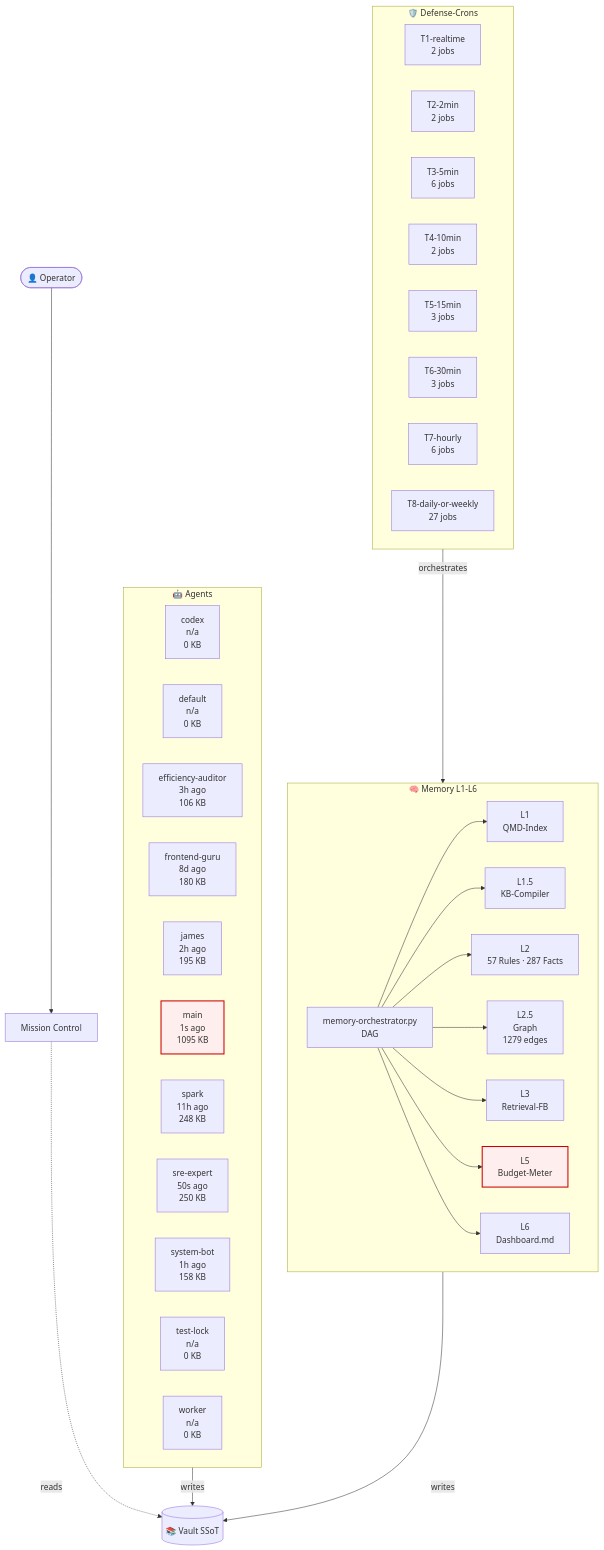
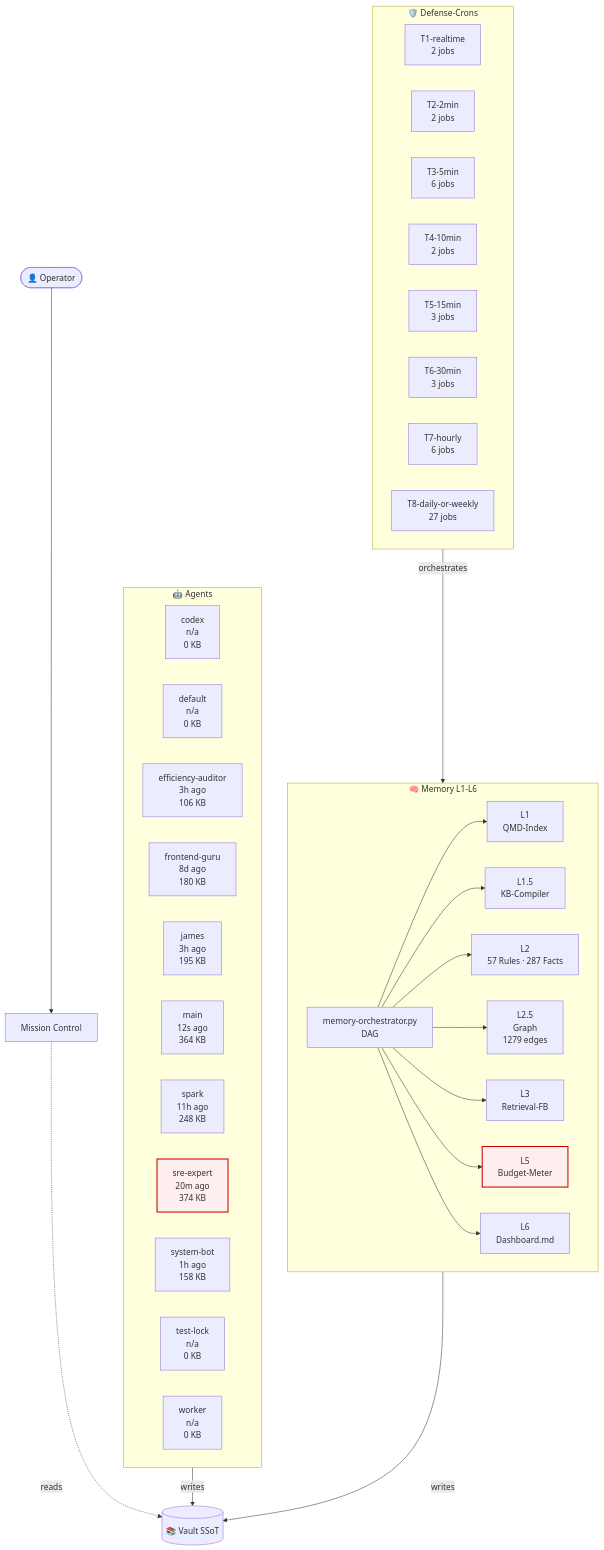
Before and after one commit to lenardhuebner88-rgb/openclaw-memory: the diagram in 03-Agents/architecture-live.md, drawn with Mermaid. The commit also changed other lines of this file and 21 other files, not shown here.

````diff
--- a/03-Agents/architecture-live.md
+++ b/03-Agents/architecture-live.md
@@ -18,54 +18,54 @@
 ```mermaid
 flowchart TB
     classDef critical fill:#fee,stroke:#c00,stroke-width:2px;
     subgraph AGT["🤖 Agents"]
         agent_codex["codex<br/>n/a<br/>0 KB"]
         agent_default["default<br/>n/a<br/>0 KB"]
         agent_efficiency_auditor["efficiency-auditor<br/>3h ago<br/>106 KB"]
         agent_frontend_guru["frontend-guru<br/>8d ago<br/>180 KB"]
-        agent_james["james<br/>2h ago<br/>195 KB"]
-        agent_main["main<br/>1s ago<br/>1095 KB"]
+        agent_james["james<br/>3h ago<br/>195 KB"]
+        agent_main["main<br/>12s ago<br/>364 KB"]
         agent_spark["spark<br/>11h ago<br/>248 KB"]
-        agent_sre_expert["sre-expert<br/>50s ago<br/>250 KB"]
+        agent_sre_expert["sre-expert<br/>20m ago<br/>374 KB"]
         agent_system_bot["system-bot<br/>1h ago<br/>158 KB"]
         agent_test_lock["test-lock<br/>n/a<br/>0 KB"]
         agent_worker["worker<br/>n/a<br/>0 KB"]
     end
     subgraph MEM["🧠 Memory L1-L6"]
         L1["L1<br/>QMD-Index"]
         L15["L1.5<br/>KB-Compiler"]
         L2["L2<br/>57 Rules · 287 Facts"]
         L25["L2.5<br/>Graph<br/>1279 edges"]
         L3["L3<br/>Retrieval-FB"]
         L5["L5<br/>Budget-Meter"]
         L6["L6<br/>Dashboard.md"]
         ORCH["memory-orchestrator.py<br/>DAG"]
     end
     subgraph CRN["🛡️ Defense-Crons"]
         tier_T1_realtime["T1-realtime<br/>2 jobs"]
         tier_T2_2min["T2-2min<br/>2 jobs"]
         tier_T3_5min["T3-5min<br/>6 jobs"]
         tier_T4_10min["T4-10min<br/>2 jobs"]
         tier_T5_15min["T5-15min<br/>3 jobs"]
         tier_T6_30min["T6-30min<br/>3 jobs"]
         tier_T7_hourly["T7-hourly<br/>6 jobs"]
         tier_T8_daily_or_weekly["T8-daily-or-weekly<br/>27 jobs"]
     end
     VAULT[("📚 Vault SSoT")]
     OP([👤 Operator])
     MC["Mission Control"]
     OP --> MC
     MC -.reads.-> VAULT
     AGT -->|writes| VAULT
     MEM -->|writes| VAULT
     ORCH --> L1
     ORCH --> L15
     ORCH --> L2
     ORCH --> L25
     ORCH --> L3
     ORCH --> L5
     ORCH --> L6
     CRN -->|orchestrates| MEM
     class L5 critical
-    class agent_main critical
+    class agent_sre_expert critical
 ```
````
